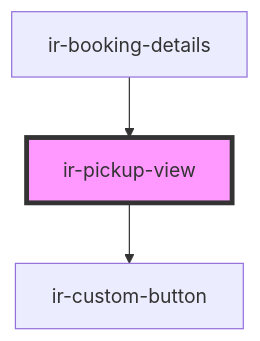
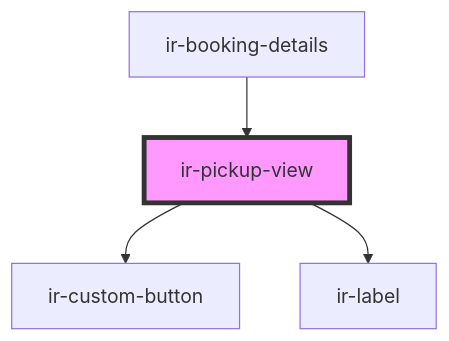
The diagram in src/components/ir-booking-details/ir-pickup-view/readme.md (David1Chowaifaty/modified-ir-webcmp), drawn with Mermaid before and after one commit. The commit also changed other lines of this file and 25 other files, not shown here.

````diff
--- a/src/components/ir-booking-details/ir-pickup-view/readme.md
+++ b/src/components/ir-booking-details/ir-pickup-view/readme.md
@@ -26,6 +27,7 @@
 ```mermaid
 graph TD;
   ir-pickup-view --> ir-custom-button
+  ir-pickup-view --> ir-label
   ir-booking-details --> ir-pickup-view
   style ir-pickup-view fill:#f9f,stroke:#333,stroke-width:4px
 ```
````
